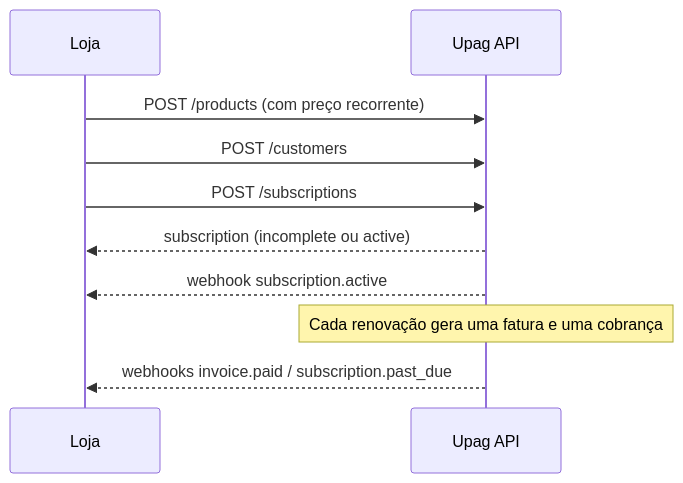
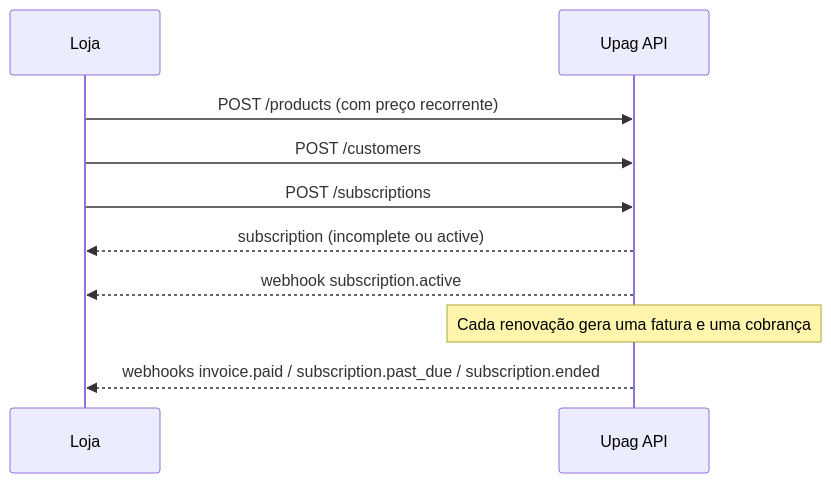
One commit to upaghq/documentation changed the diagram in pages/guides/subscription-recurring.mdx. Above: the diagram before and after it, drawn with Mermaid. The commit also changed other lines of this file and 124 other files, not shown here.

````diff
--- a/pages/guides/subscription-recurring.mdx
+++ b/pages/guides/subscription-recurring.mdx
@@ -9,12 +9,12 @@
 ```mermaid
 sequenceDiagram
   participant Loja
   participant API as Upag API
   Loja->>API: POST /products (com preço recorrente)
   Loja->>API: POST /customers
   Loja->>API: POST /subscriptions
   API-->>Loja: subscription (incomplete ou active)
   API-->>Loja: webhook subscription.active
   Note over API: Cada renovação gera uma fatura e uma cobrança
-  API-->>Loja: webhooks invoice.paid / subscription.past_due
+  API-->>Loja: webhooks invoice.paid / subscription.past_due / subscription.ended
 ```
````
